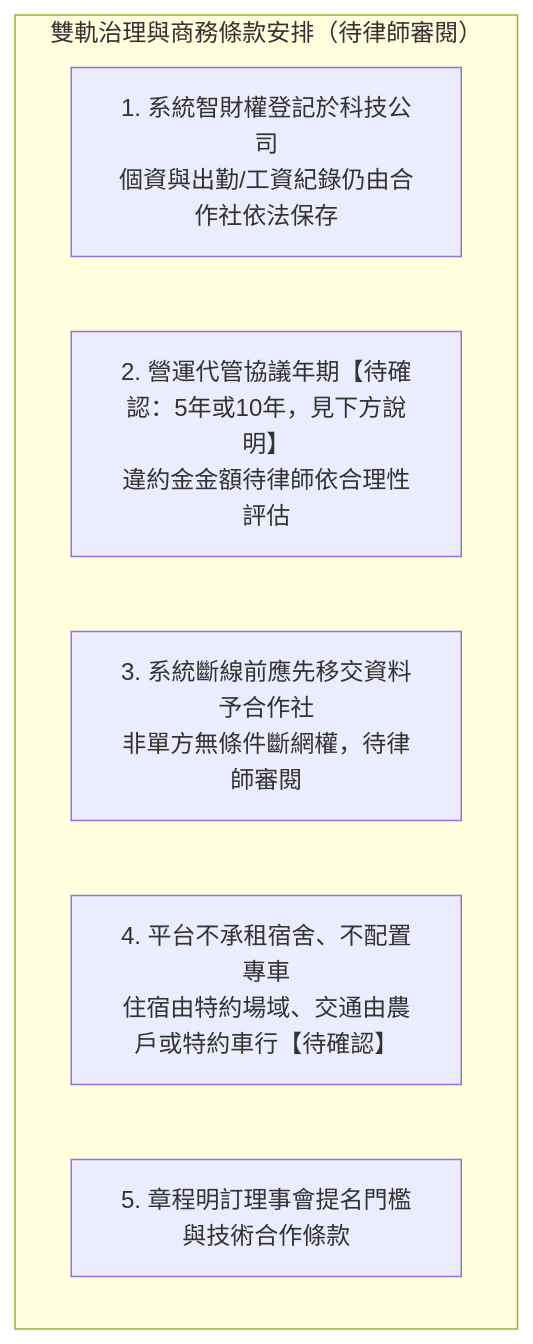
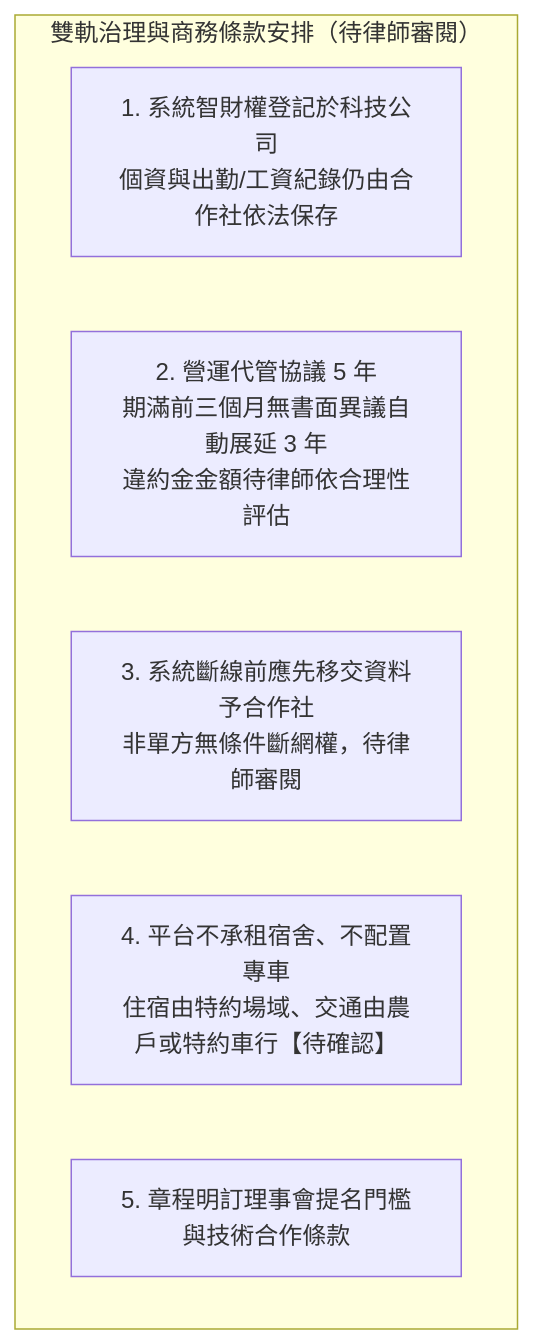
The diagram in 文件/03_合作社與法律契約體系/10_智農派工_法律顧問合規與控制權護城河意見書.md (xx8888x/agridispatch), drawn with Mermaid before and after one commit. The commit also changed other lines of this file and 7 other files, not shown here.

Commit message:
Docs: 代管協議年期統一為 5 年＋期滿前三個月無書面異議自動展延 3 年（意見書移除 10 年期、協議移除年期不一致【待確認】）

````diff
--- a/文件/03_合作社與法律契約體系/10_智農派工_法律顧問合規與控制權護城河意見書.md
+++ b/文件/03_合作社與法律契約體系/10_智農派工_法律顧問合規與控制權護城河意見書.md
@@ -26,10 +26,10 @@
 ```mermaid
 graph TD
     subgraph Shield [雙軌治理與商務條款安排（待律師審閱）]
         S1[1. 系統智財權登記於科技公司<br/>個資與出勤/工資紀錄仍由合作社依法保存]
-        S2[2. 營運代管協議年期【待確認：5年或10年，見下方說明】<br/>違約金金額待律師依合理性評估]
+        S2[2. 營運代管協議 5 年<br/>期滿前三個月無書面異議自動展延 3 年<br/>違約金金額待律師依合理性評估]
         S3[3. 系統斷線前應先移交資料予合作社<br/>非單方無條件斷網權，待律師審閱]
         S4[4. 平台不承租宿舍、不配置專車<br/>住宿由特約場域、交通由農戶或特約車行【待確認】]
         S5[5. 章程明訂理事會提名門檻與技術合作條款]
     end
 ```
````
